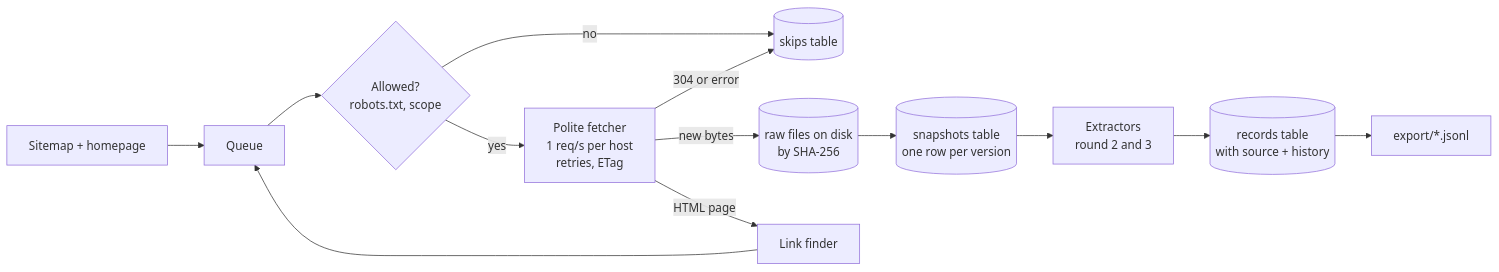
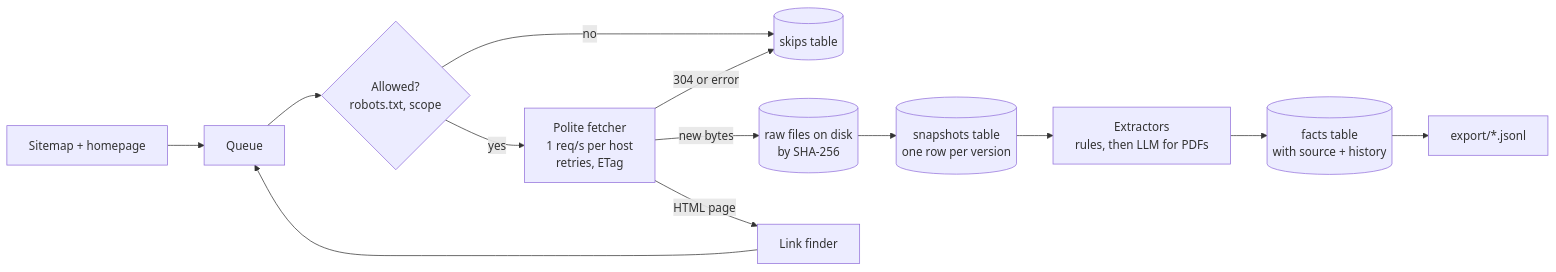
The first of 6 diagrams in docs/DESIGN.md (Mona-Alkhatib/scrapekit), drawn with Mermaid before and after one commit. The commit also changed other lines of this file and 1 other file, not shown here.

````diff
--- a/docs/DESIGN.md
+++ b/docs/DESIGN.md
@@ -43,15 +43,15 @@
 ```mermaid
 flowchart LR
     A[Sitemap + homepage] --> B[Queue]
     B --> C{Allowed?<br/>robots.txt, scope}
     C -- no --> S[(skips table)]
     C -- yes --> D[Polite fetcher<br/>1 req/s per host<br/>retries, ETag]
     D -- 304 or error --> S
     D -- new bytes --> E[(raw files on disk<br/>by SHA-256)]
     E --> F[(snapshots table<br/>one row per version)]
     D -- HTML page --> G[Link finder]
     G --> B
-    F --> H[Extractors<br/>round 2 and 3]
-    H --> I[(records table<br/>with source + history)]
+    F --> H[Extractors<br/>rules, then LLM for PDFs]
+    H --> I[(facts table<br/>with source + history)]
     I --> J[export/*.jsonl]
 ```
````
